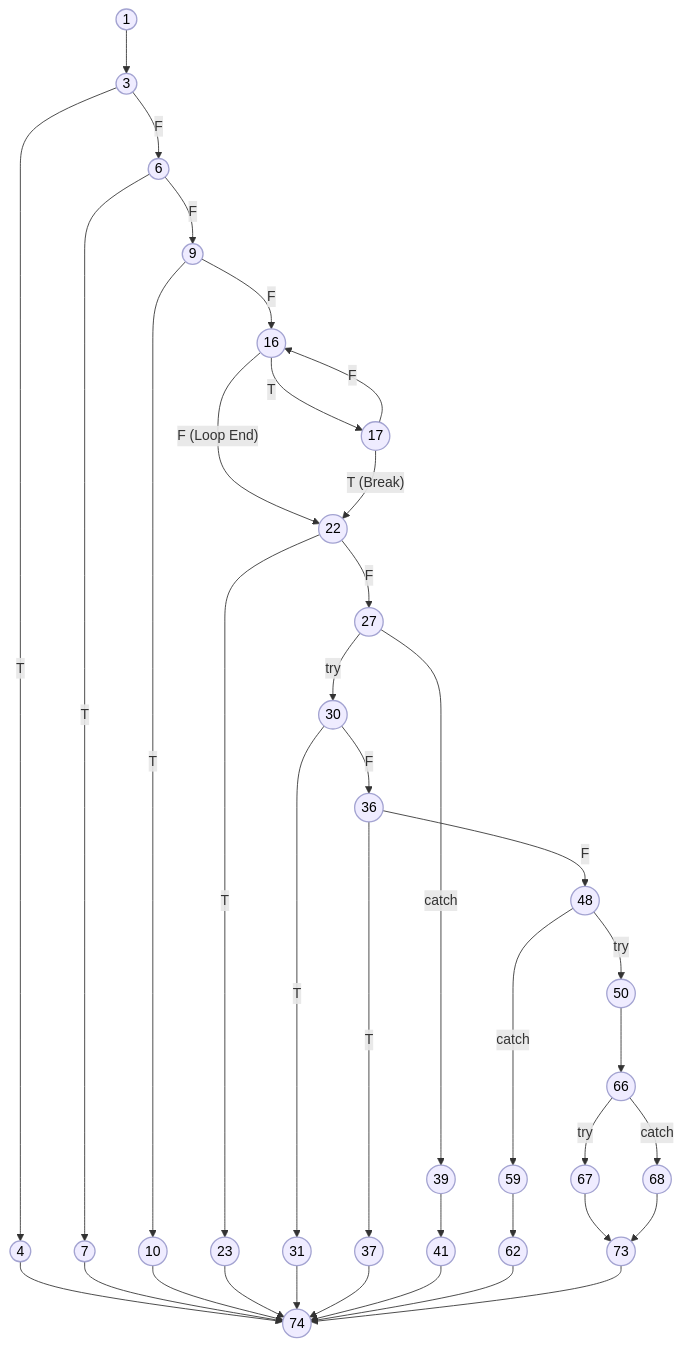
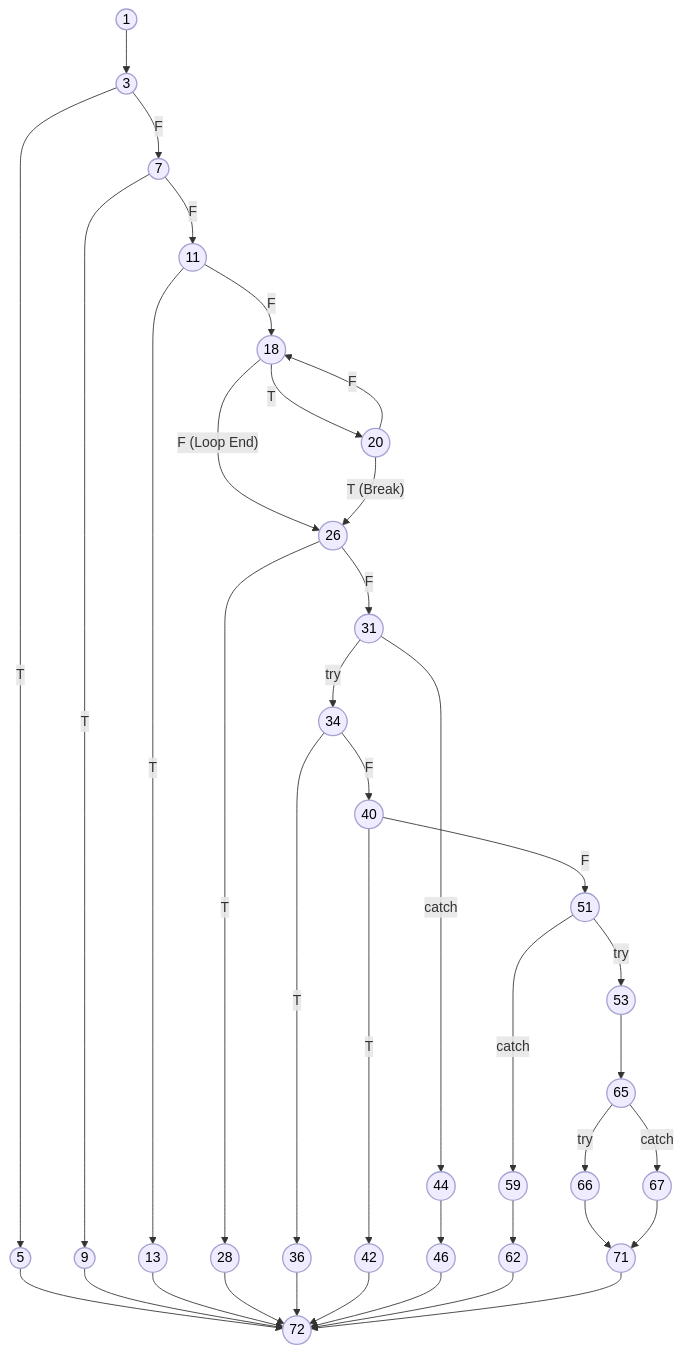
The diagram in SE/ideathon/pseudocode/flowcharts/UC-03.mmd (aryanhrc3428/Semester-5), drawn with Mermaid before and after one commit. The commit also changed 48 other files, not shown here.

```diff
--- a/SE/ideathon/pseudocode/flowcharts/UC-03.mmd
+++ b/SE/ideathon/pseudocode/flowcharts/UC-03.mmd
@@ -1,58 +1,58 @@
 graph TD
     %% Base styling matching the reference CFG style
     classDef default fill:#efecff,stroke:#a3a3d1,stroke-width:1.5px,color:#000;
     
     1((1)) --> 3((3))
     
-    3 -- T --> 4((4))
-    3 -- F --> 6((6))
+    3 -- T --> 5((5))
+    3 -- F --> 7((7))
     
-    6 -- T --> 7((7))
-    6 -- F --> 9((9))
+    7 -- T --> 9((9))
+    7 -- F --> 11((11))
     
-    9 -- T --> 10((10))
-    9 -- F --> 16((16))
+    11 -- T --> 13((13))
+    11 -- F --> 18((18))
     
-    16 -- T --> 17((17))
-    16 -- F (Loop End) --> 22((22))
+    18 -- T --> 20((20))
+    18 -- F (Loop End) --> 26((26))
     
-    17 -- T (Break) --> 22
-    17 -- F --> 16
+    20 -- T (Break) --> 26
+    20 -- F --> 18
     
-    22 -- T --> 23((23))
-    22 -- F --> 27((27))
+    26 -- T --> 28((28))
+    26 -- F --> 31((31))
     
-    27 -- try --> 30((30))
-    27 -- catch --> 39((39))
+    31 -- try --> 34((34))
+    31 -- catch --> 44((44))
     
-    30 -- T --> 31((31))
-    30 -- F --> 36((36))
+    34 -- T --> 36((36))
+    34 -- F --> 40((40))
     
-    36 -- T --> 37((37))
-    36 -- F --> 48((48))
+    40 -- T --> 42((42))
+    40 -- F --> 51((51))
     
-    39 --> 41((41))
+    44 --> 46((46))
     
-    48 -- try --> 50((50))
-    48 -- catch --> 59((59))
+    51 -- try --> 53((53))
+    51 -- catch --> 59((59))
     
-    50 --> 66((66))
+    53 --> 65((65))
     
     59 --> 62((62))
     
-    66 -- try --> 67((67))
-    66 -- catch --> 68((68))
+    65 -- try --> 66((66))
+    65 -- catch --> 67((67))
     
-    67 --> 73((73))
-    68 --> 73
+    66 --> 71((71))
+    67 --> 71
     
     %% Terminal error returns and catches syncing to the final end node
-    4 --> 74((74))
-    7 --> 74
-    10 --> 74
-    23 --> 74
-    31 --> 74
-    37 --> 74
-    41 --> 74
-    62 --> 74
-    73 --> 74
+    5 --> 72((72))
+    9 --> 72
+    13 --> 72
+    28 --> 72
+    36 --> 72
+    42 --> 72
+    46 --> 72
+    62 --> 72
+    71 --> 72
```
